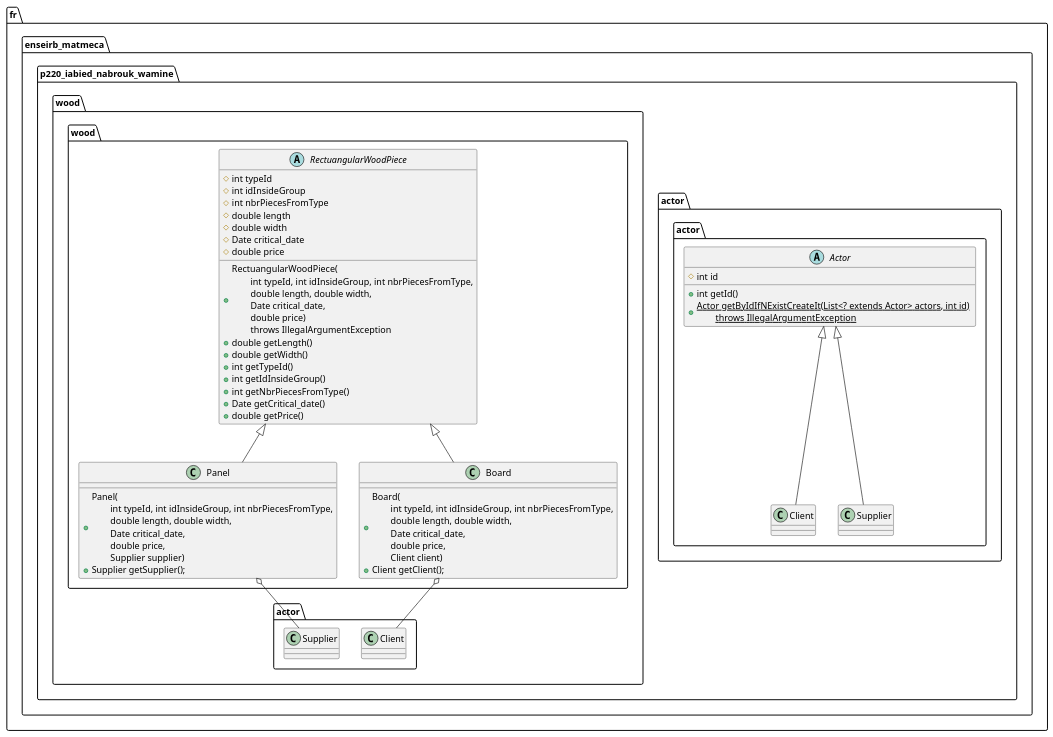
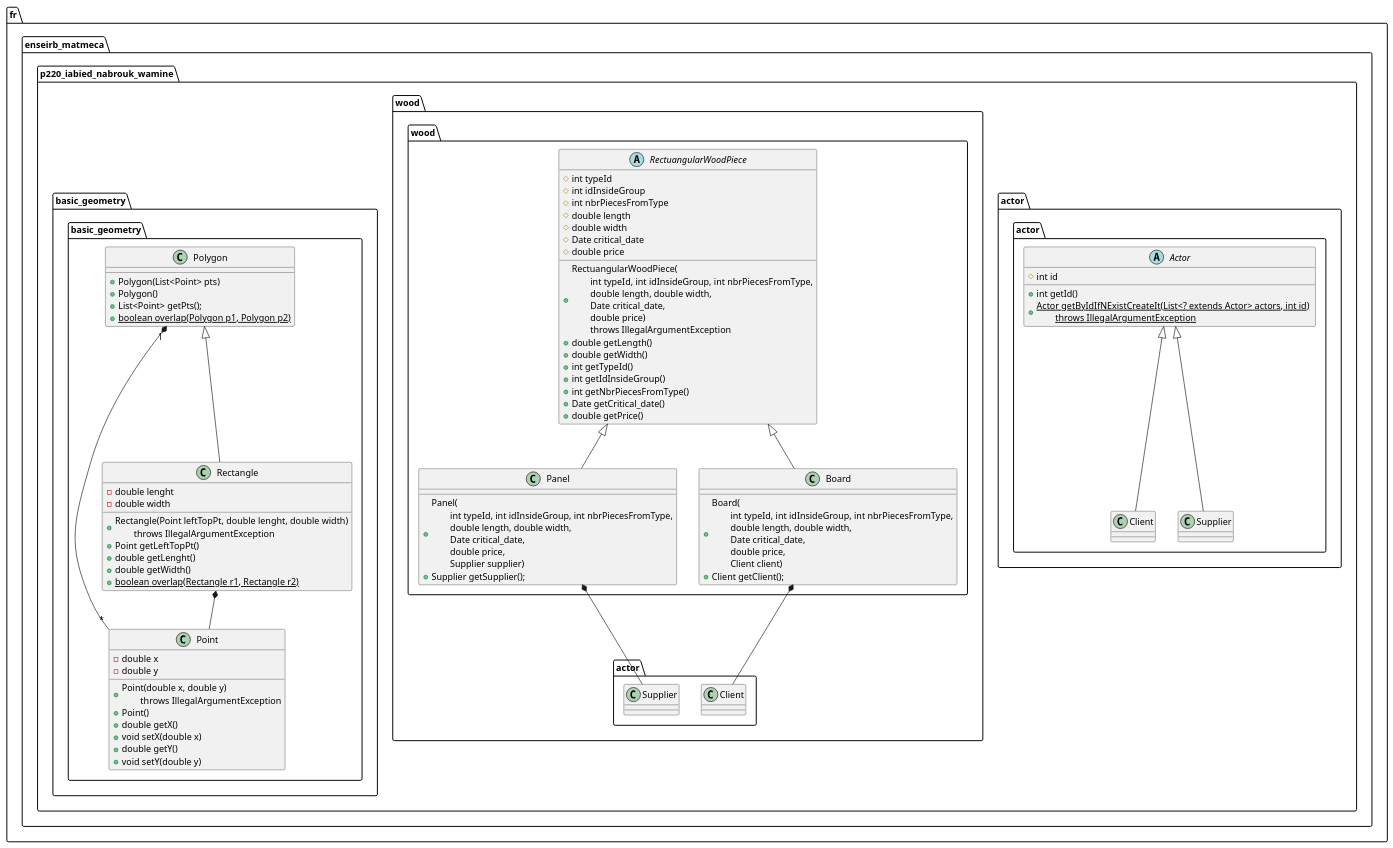
One commit to ImadABID/WoodCutPlanner changed the diagram in uml.wsd. Above: the diagram before and after it, drawn with PlantUML. The commit also changed 3 other files, not shown here.

Commit message:
adding UML & code skeleton for basic_geometry  package

```diff
--- a/uml.wsd
+++ b/uml.wsd
@@ -1,70 +1,113 @@
 @startuml uml
 
 package "fr.enseirb_matmeca.p220_iabied_nabrouk_wamine"{
 
     package "actor"{
 
         abstract class actor.Actor{
             # int id
 
             + int getId()
             + {static} Actor getByIdIfNExistCreateIt(List<? extends Actor> actors, int id) \n\tthrows IllegalArgumentException
         }
 
         class actor.Client{
 
         }
 
         class actor.Supplier{
             
         }
 
         actor.Actor <|-- actor.Client
         actor.Actor <|-- actor.Supplier
 
     }
 
     package "wood"{
 
         abstract class wood.RectuangularWoodPiece {
 
             # int typeId
             # int idInsideGroup
             # int nbrPiecesFromType
             # double length
             # double width
             # Date critical_date
             # double price
 
             + RectuangularWoodPiece(\n\tint typeId, int idInsideGroup, int nbrPiecesFromType,\n\tdouble length, double width,\n\tDate critical_date,\n\tdouble price)\n\tthrows IllegalArgumentException
             + double getLength()
             + double getWidth()
             + int getTypeId()
             + int getIdInsideGroup()
             + int getNbrPiecesFromType()
             + Date getCritical_date()
             + double getPrice()
 
         }
 
         class wood.Panel {
             + Panel(\n\tint typeId, int idInsideGroup, int nbrPiecesFromType,\n\tdouble length, double width,\n\tDate critical_date,\n\tdouble price,\n\tSupplier supplier)
             + Supplier getSupplier();
         }
-        wood.Panel o-- actor.Supplier
+        wood.Panel *-- actor.Supplier
 
         class wood.Board {
             + Board(\n\tint typeId, int idInsideGroup, int nbrPiecesFromType,\n\tdouble length, double width,\n\tDate critical_date,\n\tdouble price,\n\tClient client)
             + Client getClient();
         }
-        wood.Board o-- actor.Client
+        wood.Board *-- actor.Client
 
         wood.RectuangularWoodPiece <|-- wood.Panel
         wood.RectuangularWoodPiece <|-- wood.Board
+
+    }
+
+    package "basic_geometry"{
+
+        class basic_geometry.Point {
+
+            - double x
+            - double y
+
+            + Point(double x, double y)\n\tthrows IllegalArgumentException
+            + Point()
+            + double getX()
+            + void setX(double x)
+            + double getY()
+            + void setY(double y)
+
+        }
+
+        class basic_geometry.Polygon {
+
+            + Polygon(List<Point> pts)
+            + Polygon()
+            + List<Point> getPts();
+            + {static} boolean overlap(Polygon p1, Polygon p2)
+
+        }
+        basic_geometry.Polygon "1" *-- "*" basic_geometry.Point
+
+        class basic_geometry.Rectangle {
+
+            - double lenght
+            - double width
+            
+            + Rectangle(Point leftTopPt, double lenght, double width)\n\tthrows IllegalArgumentException
+            + Point getLeftTopPt()
+            + double getLenght()
+            + double getWidth()
+            + {static} boolean overlap(Rectangle r1, Rectangle r2)
+        }
+        basic_geometry.Rectangle *-- basic_geometry.Point
+
+        basic_geometry.Polygon <|-- basic_geometry.Rectangle
 
     }
 
 }
 
 
 @enduml
```
